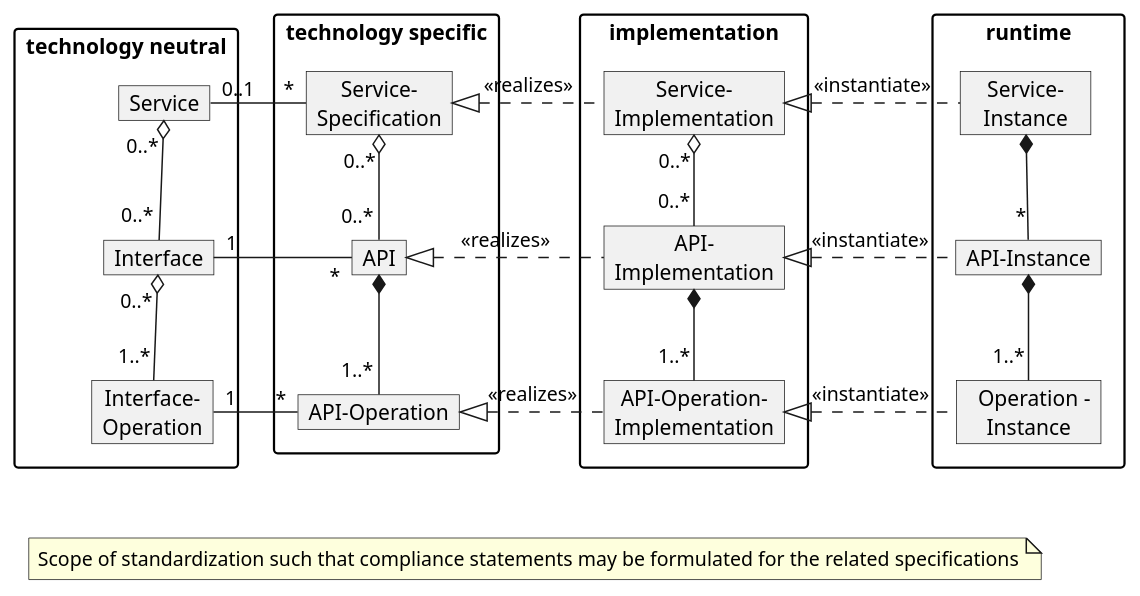
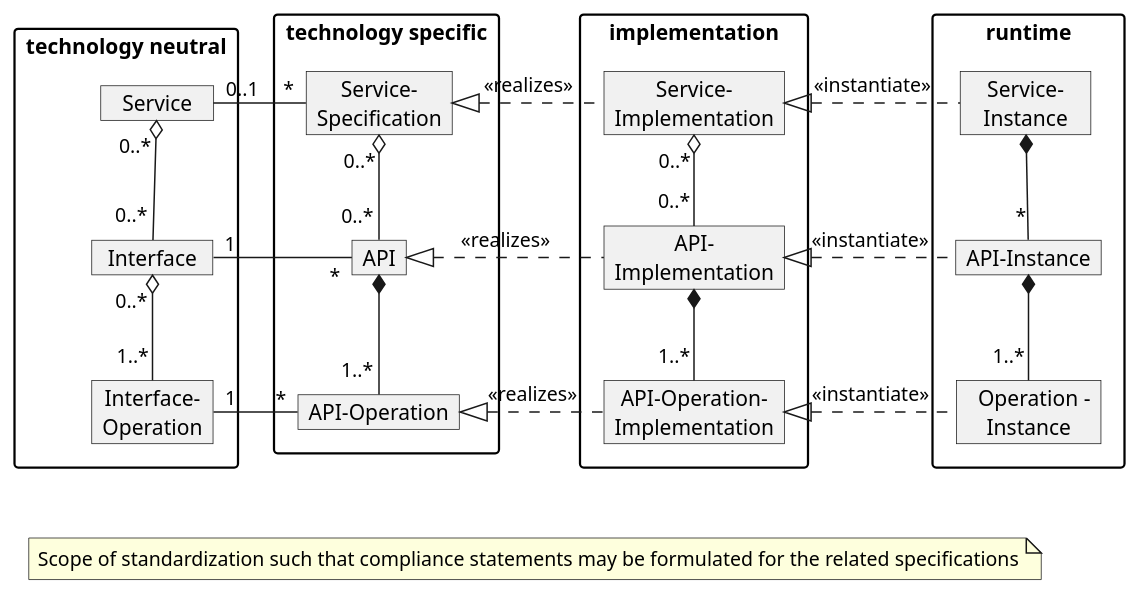
One commit to admin-shell-io/aas-specs-api changed the diagram in documentation/IDTA-01002-3/modules/ROOT/partials/diagrams/i40-service-model.puml. Above: the diagram before and after it, drawn with PlantUML.

Commit message:
Visual fix

```diff
--- a/documentation/IDTA-01002-3/modules/ROOT/partials/diagrams/i40-service-model.puml
+++ b/documentation/IDTA-01002-3/modules/ROOT/partials/diagrams/i40-service-model.puml
@@ -1,60 +1,60 @@
 @startuml
 hide empty members
 skinparam packageStyle rectangle
 hide circle
 
 
 package "technology neutral" as tn {
-  object Service
-  object Interface
+  object "  Service  " as Service
+  object " Interface " as Interface
   object "Interface-\nOperation" as i_op
 
   Service "0..*" o-- "0..*" Interface
   Interface "0..*" o-- "1..*" i_op
 }
 
 package "technology specific" as ts {
   object "Service-\nSpecification" as service_spec
   object API
   object "API-Operation" as api_op
 
   service_spec "0..*" o-- "0..*" API
   API *-- "1..*" api_op
 }
 
 package implementation {
   object "Service-\nImplementation" as service_impl
   object "API-\nImplementation" as api_impl
   object "API-Operation-\nImplementation" as api_op_impl
 
   service_impl "0..*" o-- "0..*" api_impl
   api_impl *-- "1..*" api_op_impl
 }
 
 package runtime {
   object "   Service-   \nInstance" as service_instance
   object "API-Instance" as api_instance
   object "  Operation -\nInstance" as op_instance
 
   service_instance *-- "*" api_instance
   api_instance *-- "1..*" op_instance
 }
 
 Service "0..1" - "*" service_spec
 Interface "1" - "*" API
 i_op "1" - "*" api_op
 
 service_spec <|.  service_impl: <<realizes>>
 API <|.   api_impl: <<realizes>>
 api_op <|.   api_op_impl: <<realizes>>
 
 service_impl <|. service_instance: <<instantiate>>
 api_impl <|. api_instance: <<instantiate>>
 api_op_impl <|. op_instance: <<instantiate>>
 
 note "Scope of standardization such that compliance statements may be formulated for the related specifications" as Note
 
 api_op .[hidden]. Note
 api_op_impl .[hidden]. Note
 
 @enduml
```
